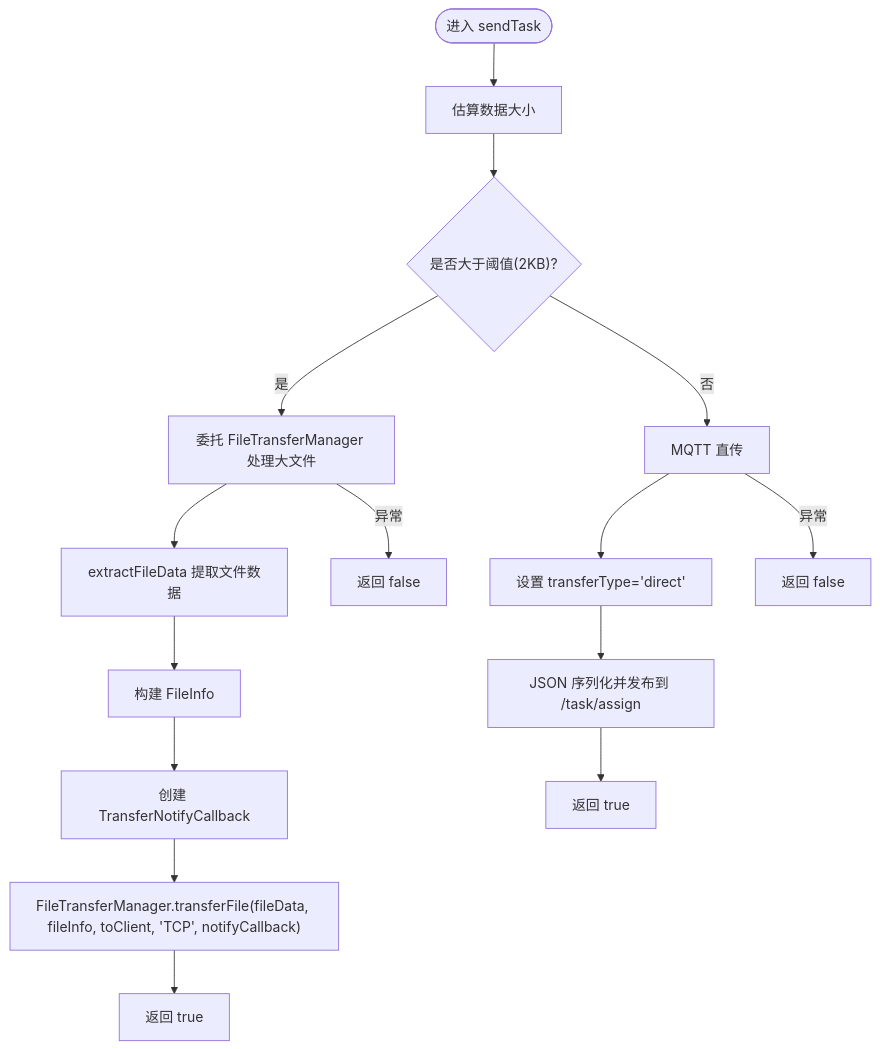
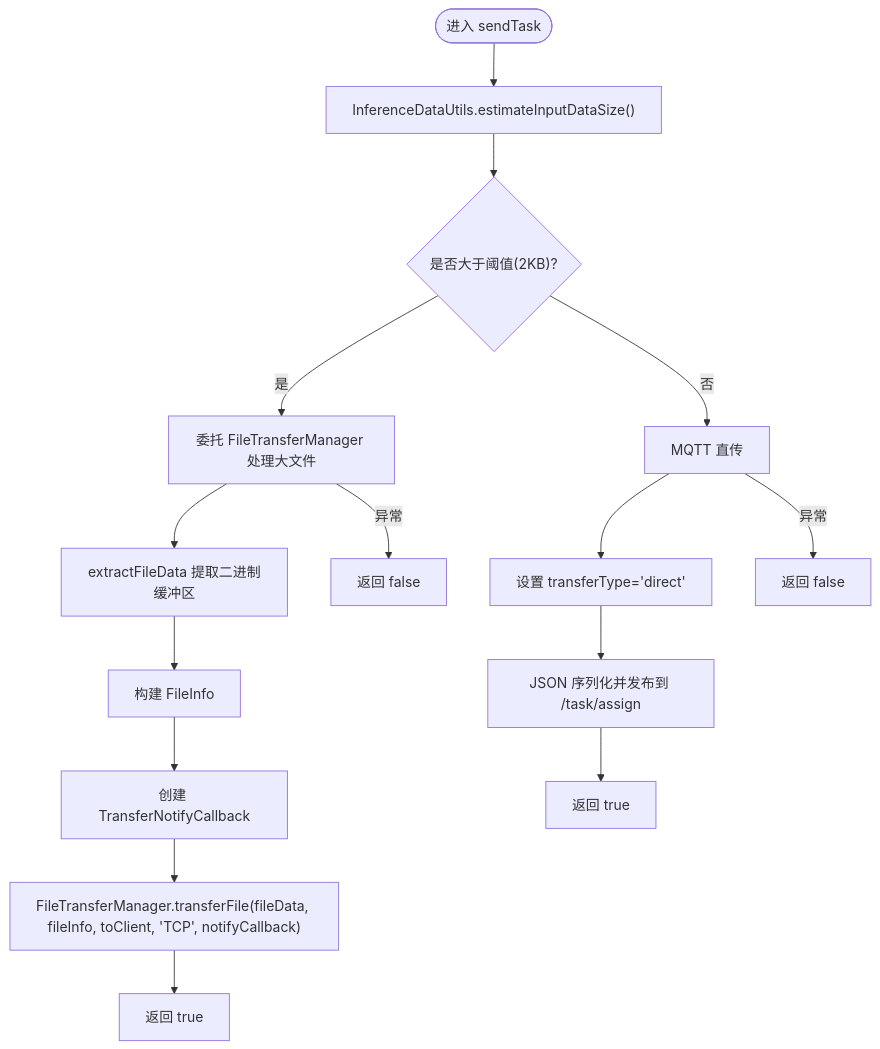
Before and after one commit to huo65/OH-Co3: the fourth of 9 diagrams in .qoder/repowiki/zh/content/任务调度系统/任务分发机制.md, drawn with Mermaid. The commit also changed other lines of this file and 15 other files, not shown here.

````diff
--- a/.qoder/repowiki/zh/content/任务调度系统/任务分发机制.md
+++ b/.qoder/repowiki/zh/content/任务调度系统/任务分发机制.md
@@ -269,17 +300,17 @@
 ```mermaid
 flowchart TD
-Start(["进入 sendTask"]) --> Estimate["估算数据大小"]
+Start(["进入 sendTask"]) --> Estimate["InferenceDataUtils.estimateInputDataSize()"]
 Estimate --> Check{"是否大于阈值(2KB)?"}
 Check --> |是| Large["委托 FileTransferManager 处理大文件"]
-Large --> Extract["extractFileData 提取文件数据"]
+Large --> Extract["extractFileData 提取二进制缓冲区"]
 Extract --> BuildInfo["构建 FileInfo"]
 BuildInfo --> CreateCallback["创建 TransferNotifyCallback"]
 CreateCallback --> CallManager["FileTransferManager.transferFile(fileData, fileInfo, toClient, 'TCP', notifyCallback)"]
 CallManager --> Done1["返回 true"]
 Check --> |否| Small["MQTT 直传"]
 Small --> DirectSend["设置 transferType='direct'"]
 DirectSend --> PublishSmall["JSON 序列化并发布到 /task/assign"]
 PublishSmall --> Done2["返回 true"]
 Large --> |异常| Fail1["返回 false"]
 Small --> |异常| Fail2["返回 false"]
 ```
````
